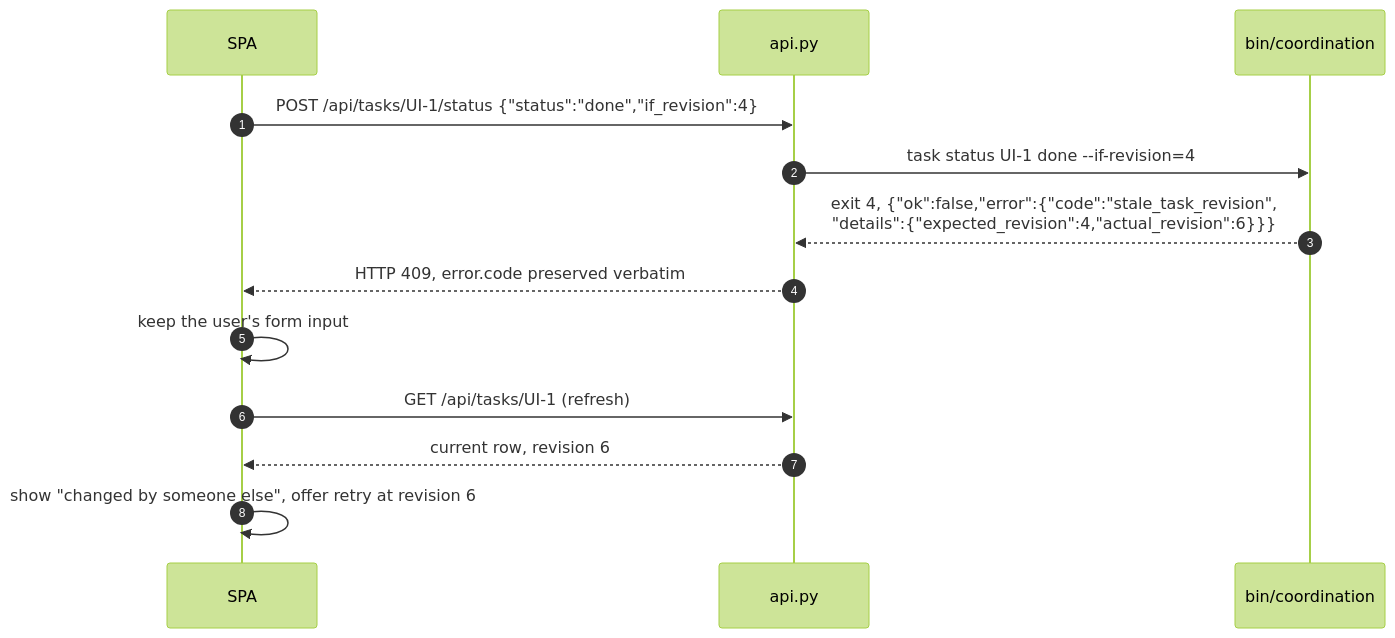
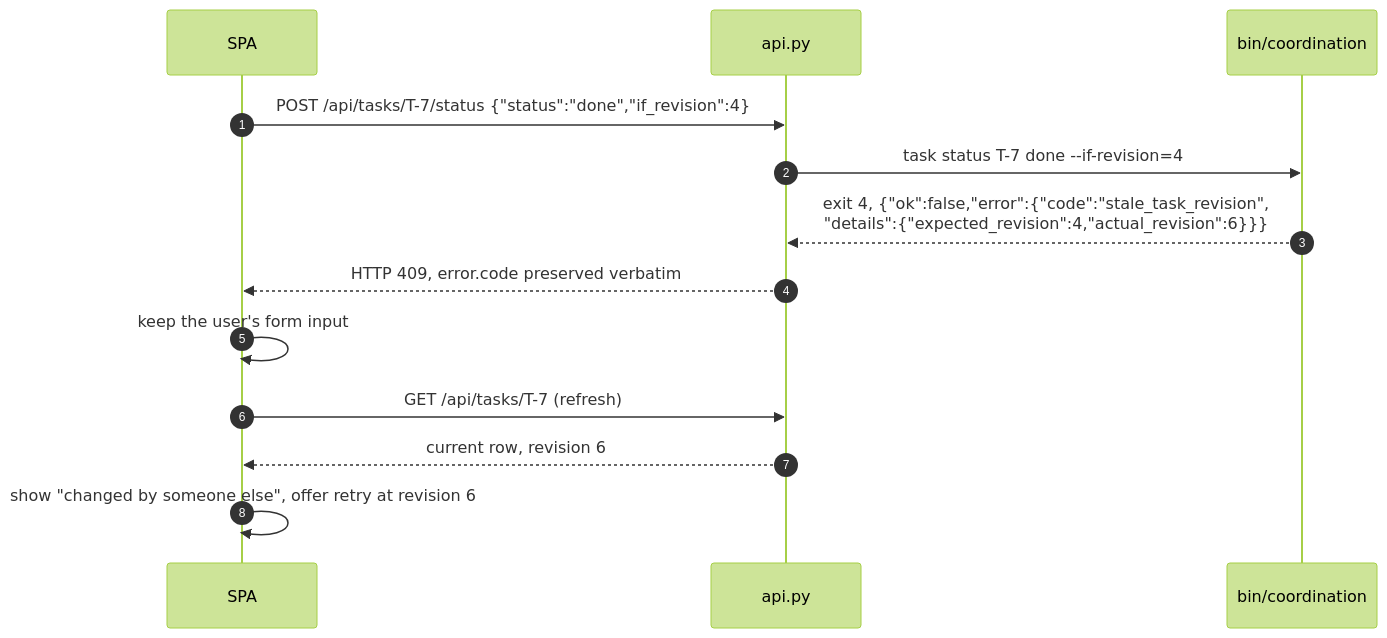
The seventh of 9 diagrams in docs/coordination-console-design.md (jnuez94/agentic-scaffold-project-task-tracker), drawn with Mermaid (forest theme) before and after one commit. The commit also changed other lines of this file and 1 other file, not shown here.

````diff
--- a/docs/coordination-console-design.md
+++ b/docs/coordination-console-design.md
@@ -303,16 +286,16 @@
 ```mermaid
 sequenceDiagram
     autonumber
     participant SPA
     participant Api as api.py
     participant Cli as bin/coordination
 
-    SPA->>Api: POST /api/tasks/UI-1/status {"status":"done","if_revision":4}
-    Api->>Cli: task status UI-1 done --if-revision=4
+    SPA->>Api: POST /api/tasks/T-7/status {"status":"done","if_revision":4}
+    Api->>Cli: task status T-7 done --if-revision=4
     Cli-->>Api: exit 4, {"ok":false,"error":{"code":"stale_task_revision",<br/>"details":{"expected_revision":4,"actual_revision":6}}}
     Api-->>SPA: HTTP 409, error.code preserved verbatim
     SPA->>SPA: keep the user's form input
-    SPA->>Api: GET /api/tasks/UI-1 (refresh)
+    SPA->>Api: GET /api/tasks/T-7 (refresh)
     Api-->>SPA: current row, revision 6
     SPA->>SPA: show "changed by someone else", offer retry at revision 6
 ```
````
